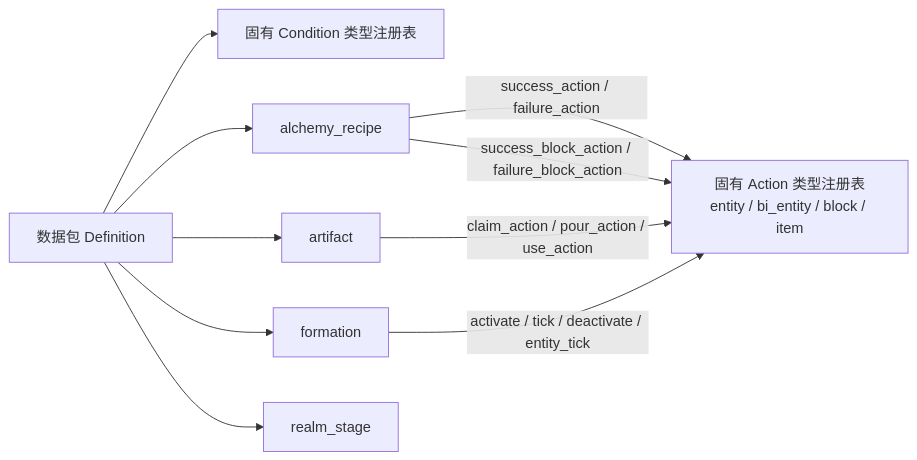
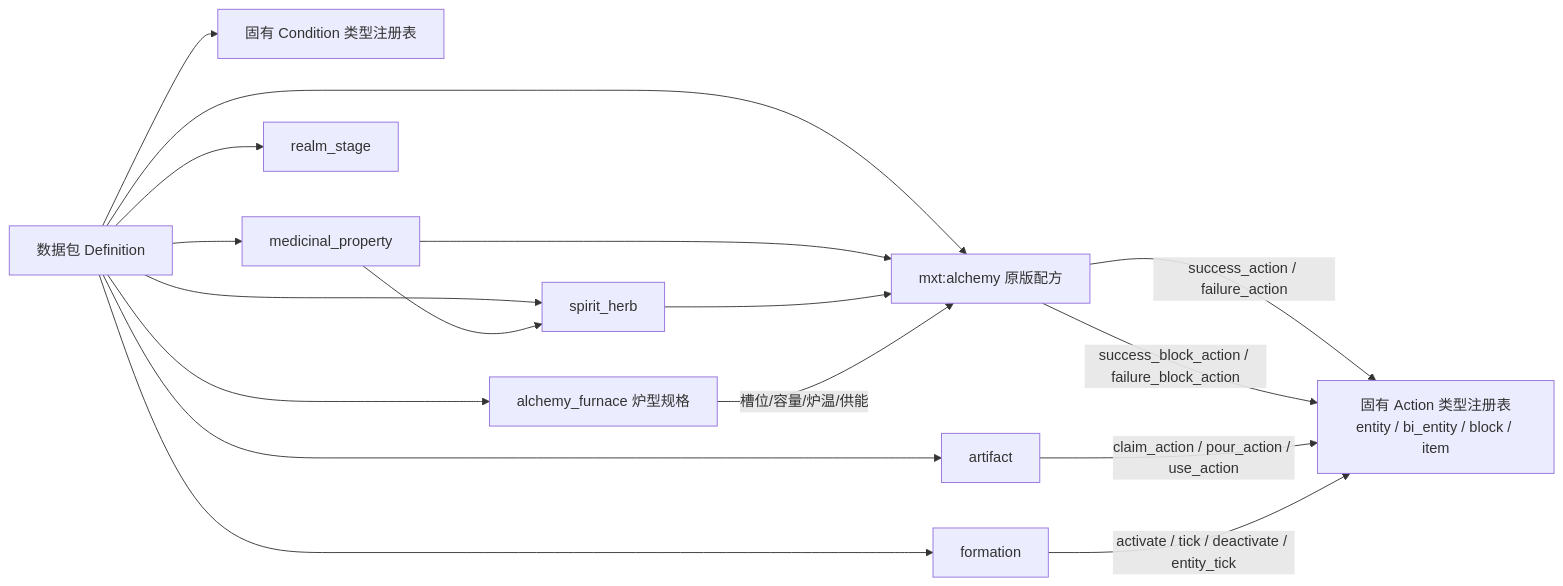
The diagram in research/11_注册表结构与引用关系图.md (Nova-Committee/MiXianTu), drawn with Mermaid before and after one commit. The commit also changed other lines of this file and 282 other files, not shown here.

Commit message:
feat: complete alchemy, pill and spirit herb gameplay

````diff
--- a/research/11_注册表结构与引用关系图.md
+++ b/research/11_注册表结构与引用关系图.md
@@ -3,19 +3,29 @@
 ```mermaid
 flowchart LR
   ACTION[固有 Action 类型注册表\nentity / bi_entity / block / item]
   CONDITION[固有 Condition 类型注册表]
   DATA[数据包 Definition]
-  ALC[alchemy_recipe]
+  PROP[medicinal_property]
+  HERB[spirit_herb]
+  FURNACE[alchemy_furnace 炉型规格]
+  ALC[mxt:alchemy 原版配方]
   ART[artifact]
   FORM[formation]
   REALM[realm_stage]
+  DATA --> PROP
+  DATA --> HERB
+  DATA --> FURNACE
   DATA --> ALC
   DATA --> ART
   DATA --> FORM
   DATA --> REALM
+  PROP --> HERB
+  PROP --> ALC
+  HERB --> ALC
+  FURNACE -->|槽位/容量/炉温/供能| ALC
   ALC -->|success_action / failure_action| ACTION
   ALC -->|success_block_action / failure_block_action| ACTION
   ART -->|claim_action / pour_action / use_action| ACTION
   FORM -->|activate / tick / deactivate / entity_tick| ACTION
   DATA --> CONDITION
 ```
````
